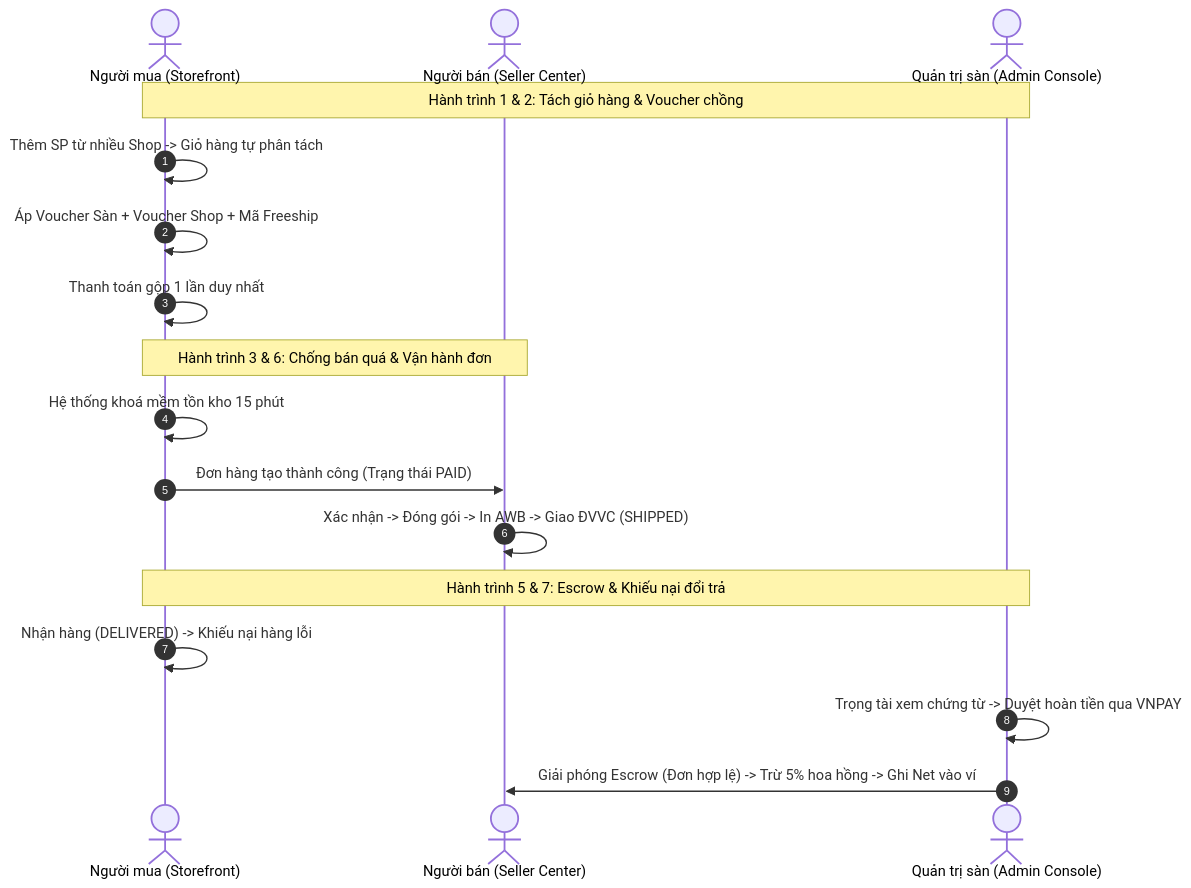
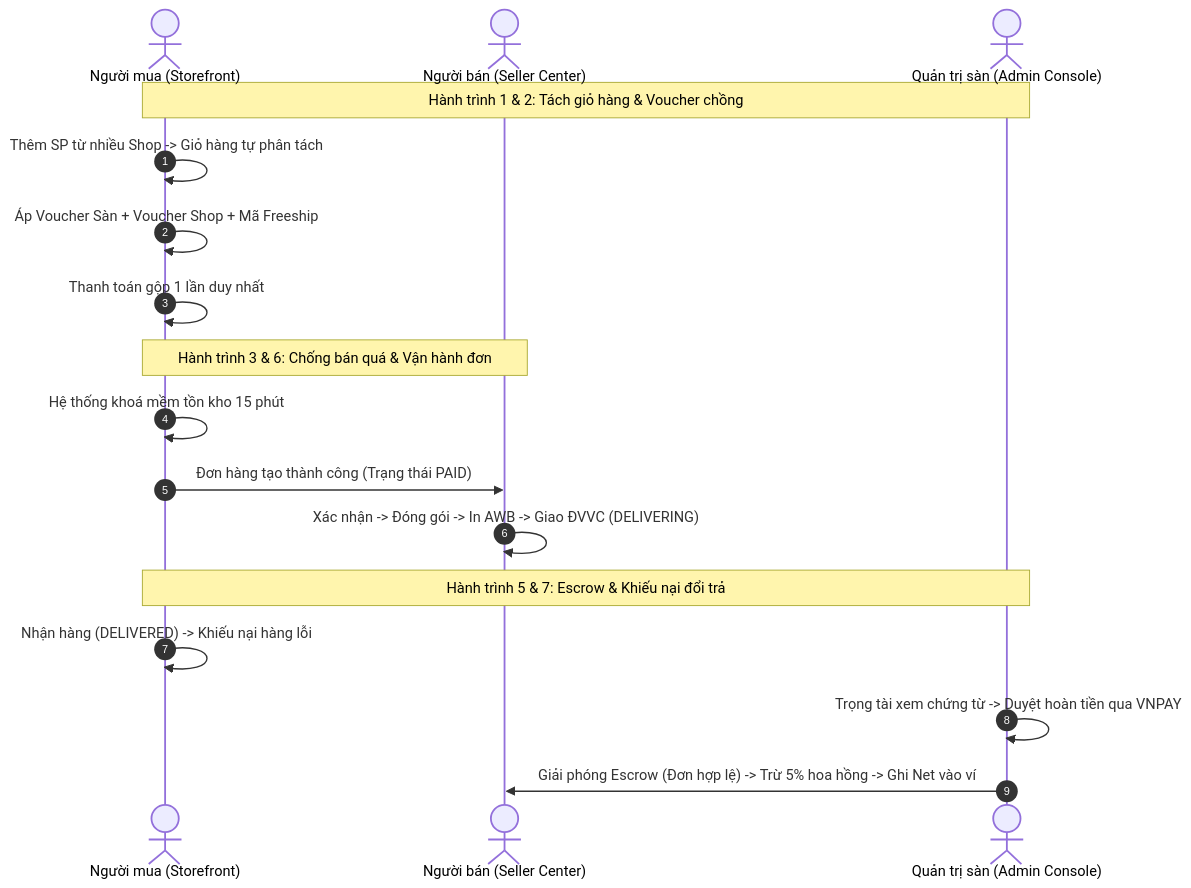
The second of 4 diagrams in README.md (Thien21112005/multivendor-ecommerce-prototype), drawn with Mermaid before and after one commit. The commit also changed other lines of this file, not shown here.

````diff
--- a/README.md
+++ b/README.md
@@ -89,22 +89,22 @@
 ```mermaid
 sequenceDiagram
     autonumber
     actor Buyer as Người mua (Storefront)
     actor Vendor as Người bán (Seller Center)
     actor Admin as Quản trị sàn (Admin Console)
     
     Note over Buyer,Admin: Hành trình 1 & 2: Tách giỏ hàng & Voucher chồng
     Buyer->>Buyer: Thêm SP từ nhiều Shop -> Giỏ hàng tự phân tách
     Buyer->>Buyer: Áp Voucher Sàn + Voucher Shop + Mã Freeship
     Buyer->>Buyer: Thanh toán gộp 1 lần duy nhất
     
     Note over Buyer,Vendor: Hành trình 3 & 6: Chống bán quá & Vận hành đơn
     Buyer->>Buyer: Hệ thống khoá mềm tồn kho 15 phút
     Buyer->>Vendor: Đơn hàng tạo thành công (Trạng thái PAID)
-    Vendor->>Vendor: Xác nhận -> Đóng gói -> In AWB -> Giao ĐVVC (SHIPPED)
+    Vendor->>Vendor: Xác nhận -> Đóng gói -> In AWB -> Giao ĐVVC (DELIVERING)
     
     Note over Buyer,Admin: Hành trình 5 & 7: Escrow & Khiếu nại đổi trả
     Buyer->>Buyer: Nhận hàng (DELIVERED) -> Khiếu nại hàng lỗi
     Admin->>Admin: Trọng tài xem chứng từ -> Duyệt hoàn tiền qua VNPAY
     Admin->>Vendor: Giải phóng Escrow (Đơn hợp lệ) -> Trừ 5% hoa hồng -> Ghi Net vào ví
 ```
````
